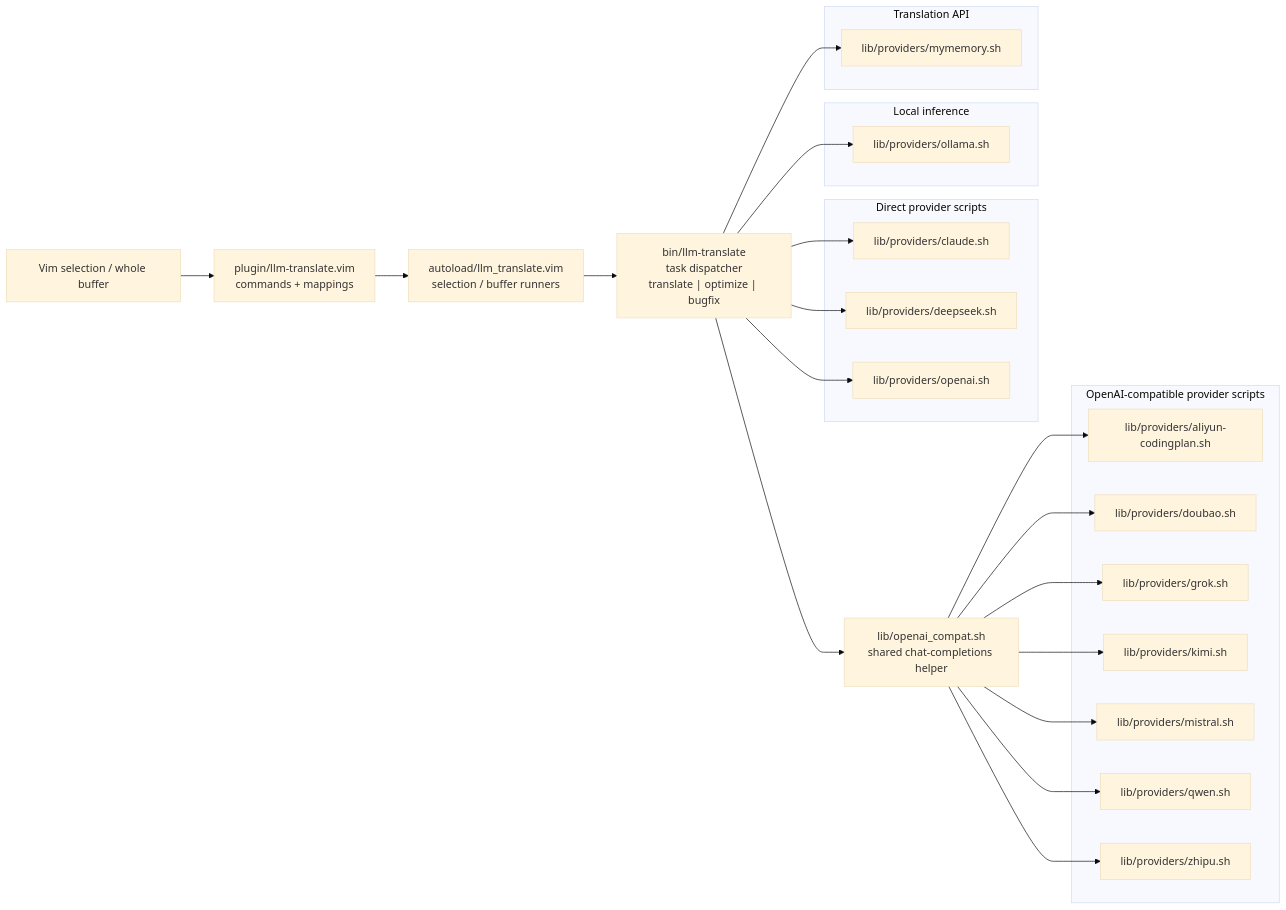
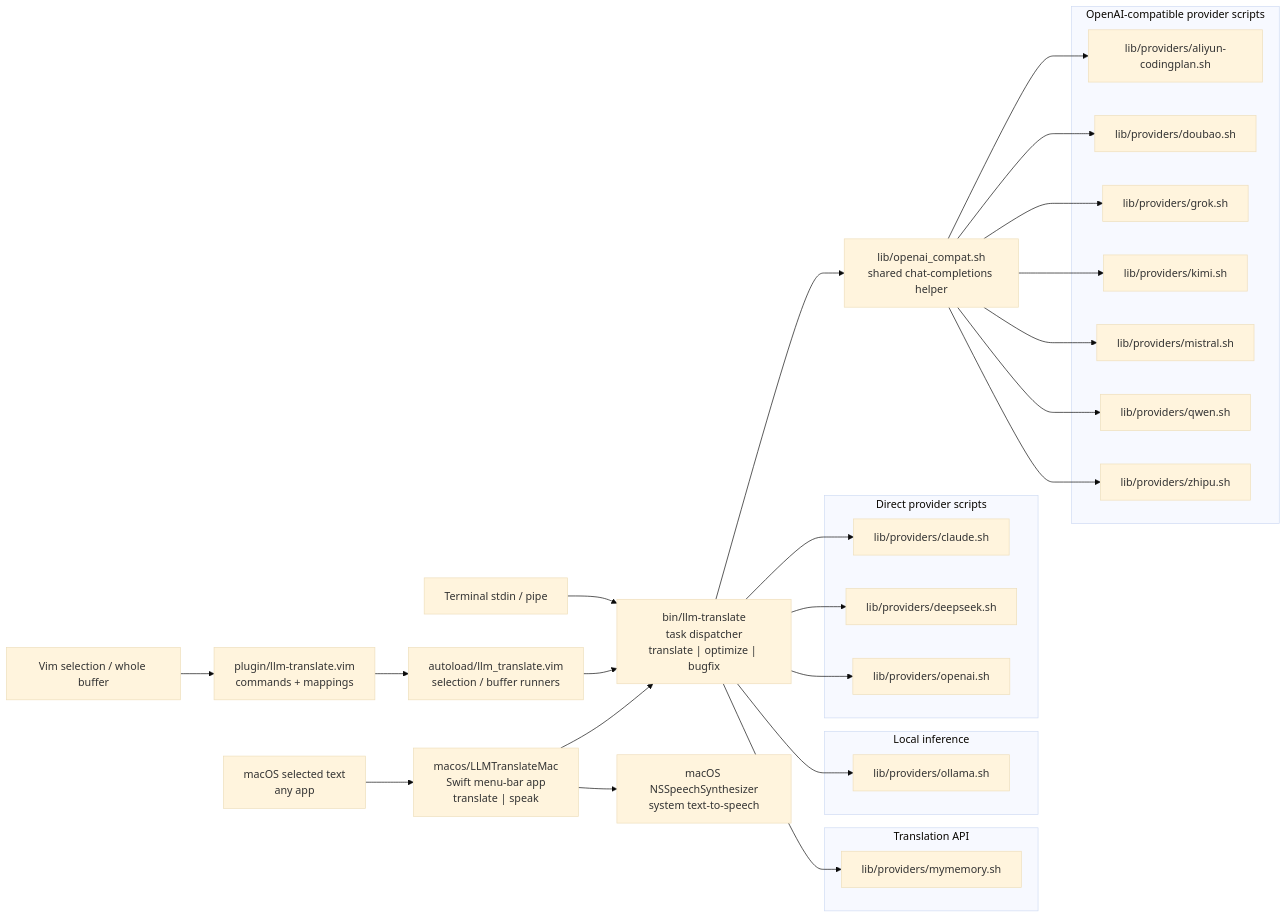
One commit to MarsDoge/llm-translate changed the diagram in docs/architecture.md. Above: the diagram before and after it, drawn with Mermaid (base theme). The commit also changed 4 other files, not shown here.

Commit message:
docs: show macOS app in architecture

````diff
--- a/docs/architecture.md
+++ b/docs/architecture.md
@@ -13,42 +13,49 @@
 ```mermaid
 flowchart LR
+  Terminal["Terminal stdin / pipe"]
   Input["Vim selection / whole buffer"]
   Plugin["plugin/llm-translate.vim\ncommands + mappings"]
   Autoload["autoload/llm_translate.vim\nselection / buffer runners"]
+  MacInput["macOS selected text\nany app"]
+  MacApp["macos/LLMTranslateMac\nSwift menu-bar app\ntranslate | speak"]
+  Speech["macOS NSSpeechSynthesizer\nsystem text-to-speech"]
   CLI["bin/llm-translate\ntask dispatcher\ntranslate | optimize | bugfix"]
   Compat["lib/openai_compat.sh\nshared chat-completions helper"]
+  Terminal --> CLI
   Input --> Plugin --> Autoload --> CLI
+  MacInput --> MacApp --> CLI
+  MacApp --> Speech
   subgraph direct["Direct provider scripts"]
     direct_claude["lib/providers/claude.sh"]
     direct_deepseek["lib/providers/deepseek.sh"]
     direct_openai["lib/providers/openai.sh"]
   end
   subgraph compat_group["OpenAI-compatible provider scripts"]
     compat_group_aliyun_codingplan["lib/providers/aliyun-codingplan.sh"]
     compat_group_doubao["lib/providers/doubao.sh"]
     compat_group_grok["lib/providers/grok.sh"]
     compat_group_kimi["lib/providers/kimi.sh"]
     compat_group_mistral["lib/providers/mistral.sh"]
     compat_group_qwen["lib/providers/qwen.sh"]
     compat_group_zhipu["lib/providers/zhipu.sh"]
   end
   subgraph local["Local inference"]
     local_ollama["lib/providers/ollama.sh"]
   end
   subgraph translation["Translation API"]
     translation_mymemory["lib/providers/mymemory.sh"]
   end
   CLI --> Compat
   CLI --> direct_claude
   CLI --> direct_deepseek
   CLI --> direct_openai
   CLI --> local_ollama
   CLI --> translation_mymemory
   Compat --> compat_group_aliyun_codingplan
   Compat --> compat_group_doubao
   Compat --> compat_group_grok
   Compat --> compat_group_kimi
   Compat --> compat_group_mistral
   Compat --> compat_group_qwen
   Compat --> compat_group_zhipu
 ```
````
